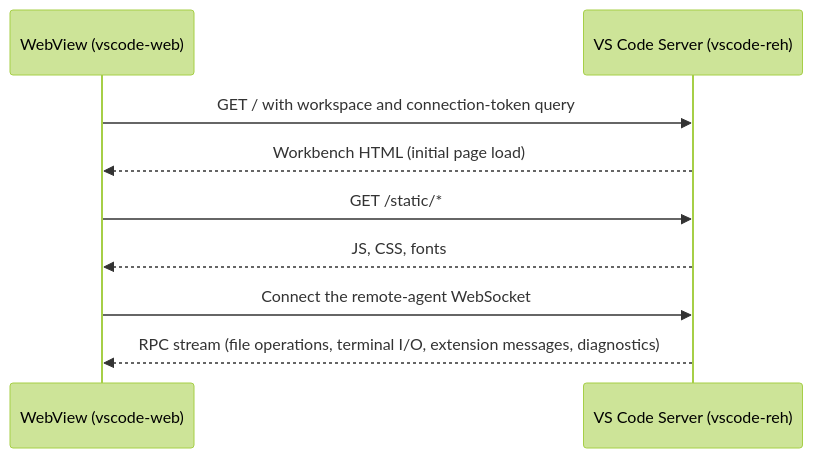
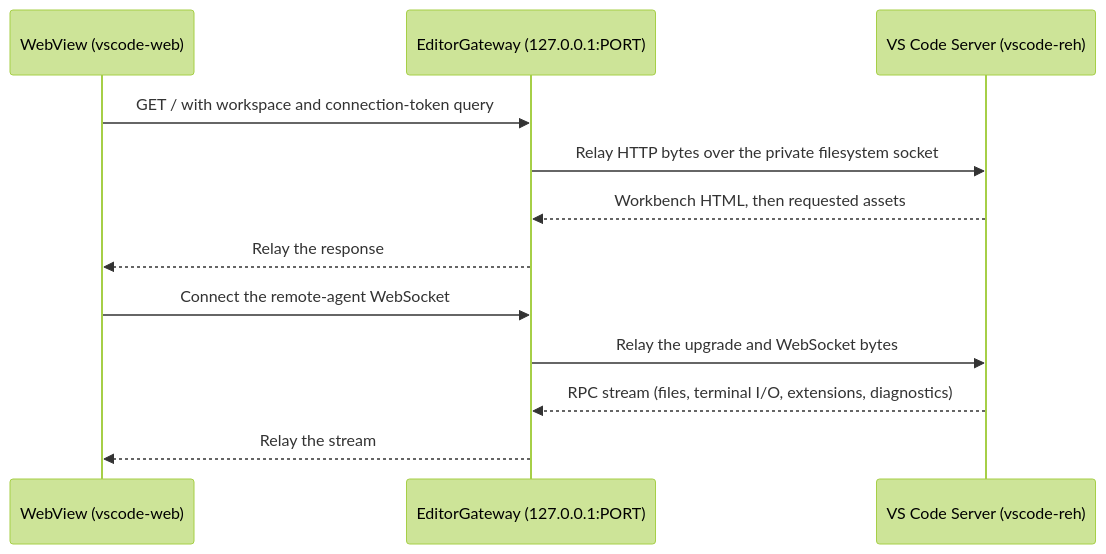
One commit to rmyndharis/VSCodroid changed the fifth of 12 diagrams in docs/03-ARCHITECTURE.md. Above: the diagram before and after it, drawn with Mermaid (forest theme). The commit also changed other lines of this file and 221 other files, not shown here.

````diff
--- a/docs/03-ARCHITECTURE.md
+++ b/docs/03-ARCHITECTURE.md
@@ -346,11 +349,14 @@
 ```mermaid
 sequenceDiagram
   participant W as WebView (vscode-web)
+  participant G as EditorGateway (127.0.0.1:PORT)
   participant S as VS Code Server (vscode-reh)
-  W->>S: GET / with workspace and connection-token query
-  S-->>W: Workbench HTML (initial page load)
-  W->>S: GET /static/*
-  S-->>W: JS, CSS, fonts
-  W->>S: Connect the remote-agent WebSocket
-  S-->>W: RPC stream (file operations, terminal I/O, extension messages, diagnostics)
+  W->>G: GET / with workspace and connection-token query
+  G->>S: Relay HTTP bytes over the private filesystem socket
+  S-->>G: Workbench HTML, then requested assets
+  G-->>W: Relay the response
+  W->>G: Connect the remote-agent WebSocket
+  G->>S: Relay the upgrade and WebSocket bytes
+  S-->>G: RPC stream (files, terminal I/O, extensions, diagnostics)
+  G-->>W: Relay the stream
 ```
````
